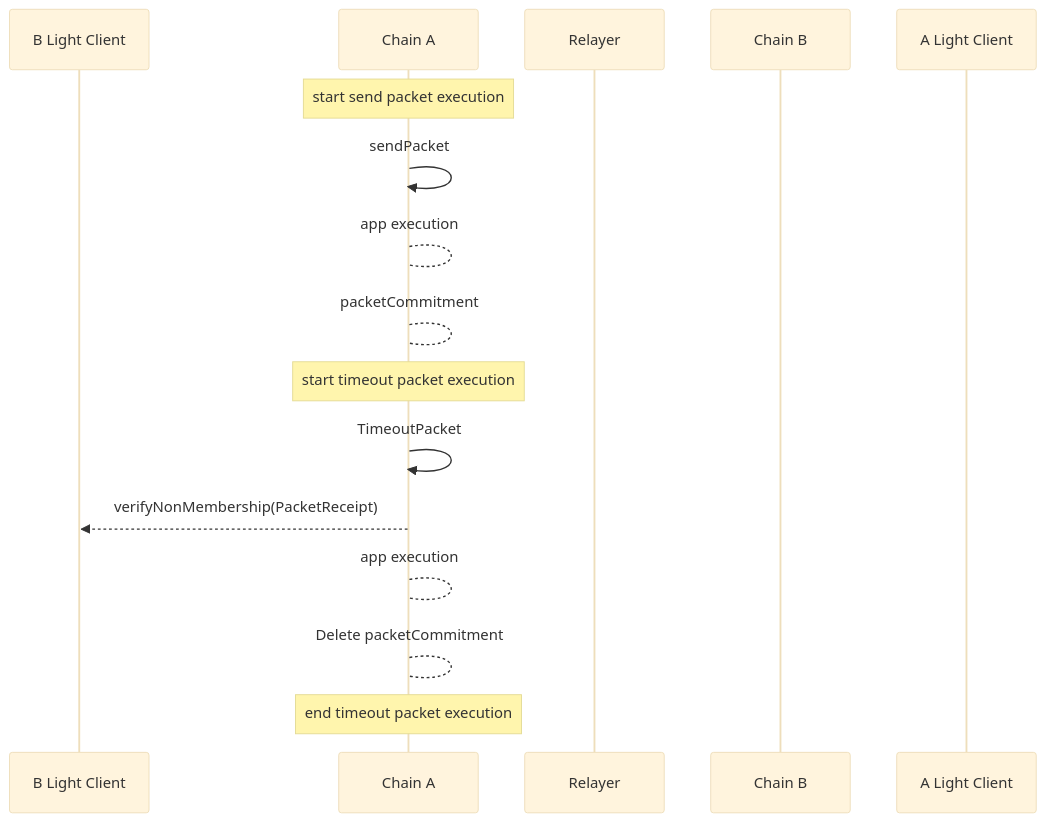
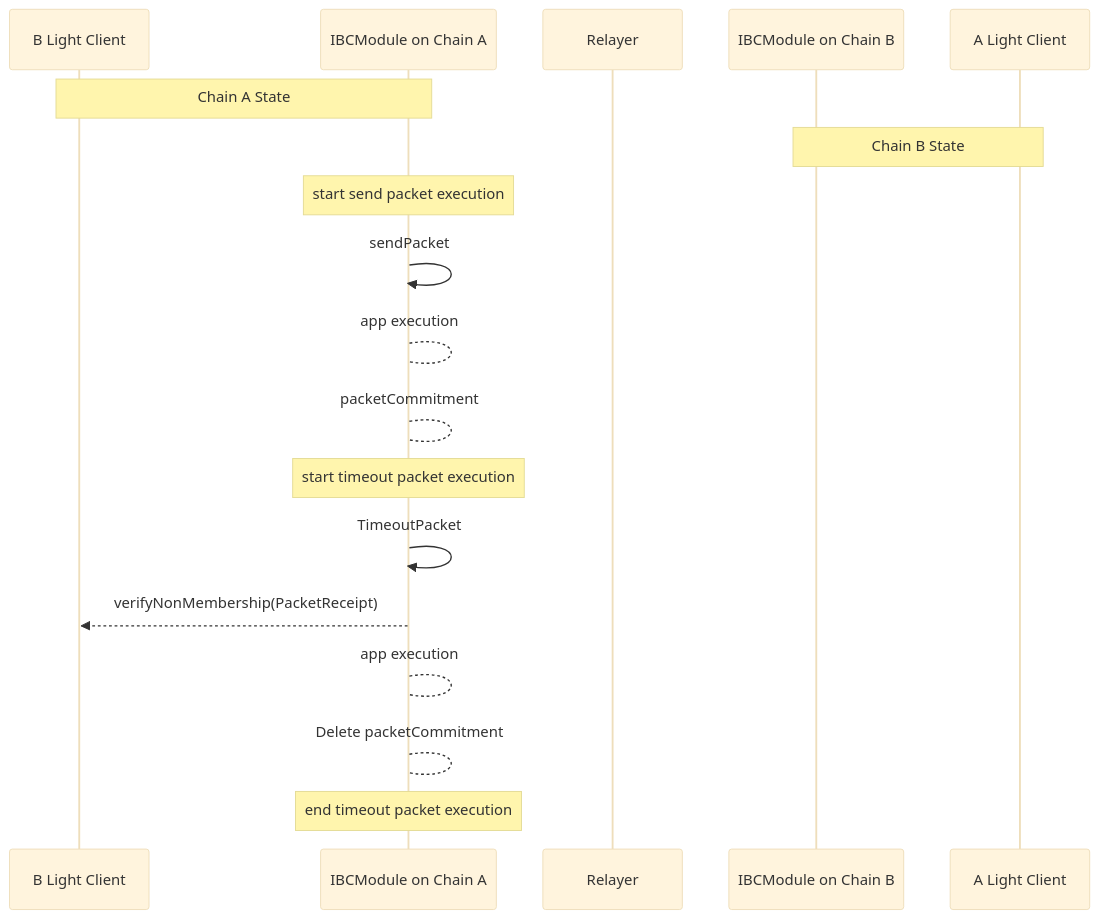
The fifth of 5 diagrams in spec/core/v2/ics-004-channel-and-packet-semantics/README.md (cosmos/ibc), drawn with Mermaid (base theme) before and after one commit. The commit also changed other lines of this file and 1 other file, not shown here.

````diff
--- a/spec/core/v2/ics-004-channel-and-packet-semantics/README.md
+++ b/spec/core/v2/ics-004-channel-and-packet-semantics/README.md
@@ -486,19 +492,21 @@
 ```mermaid
 sequenceDiagram
     participant B Light Client     
-    participant Chain A
+    participant IBCModule on Chain A
     participant Relayer 
-    participant Chain B
+    participant IBCModule on Chain B
     participant A Light Client
-    Note over Chain A: start send packet execution
-    Chain A ->> Chain A : sendPacket
-    Chain A --> Chain A : app execution
-    Chain A --> Chain A : packetCommitment 
-    Note over Chain A: start timeout packet execution
-    Chain A ->> Chain A : TimeoutPacket
-    Chain A -->> B Light Client: verifyNonMembership(PacketReceipt)
-    Chain A --> Chain A : app execution
-    Chain A --> Chain A : Delete packetCommitment
-    Note over Chain A: end timeout packet execution
+    Note over IBCModule on Chain A, B Light Client: Chain A State
+    Note over IBCModule on Chain B, A Light Client: Chain B State
+    Note over IBCModule on Chain A: start send packet execution
+    IBCModule on Chain A ->> IBCModule on Chain A : sendPacket
+    IBCModule on Chain A --> IBCModule on Chain A : app execution
+    IBCModule on Chain A --> IBCModule on Chain A : packetCommitment 
+    Note over IBCModule on Chain A: start timeout packet execution
+    IBCModule on Chain A ->> IBCModule on Chain A : TimeoutPacket
+    IBCModule on Chain A -->> B Light Client: verifyNonMembership(PacketReceipt)
+    IBCModule on Chain A --> IBCModule on Chain A : app execution
+    IBCModule on Chain A --> IBCModule on Chain A : Delete packetCommitment
+    Note over IBCModule on Chain A: end timeout packet execution
      
 ```
````
